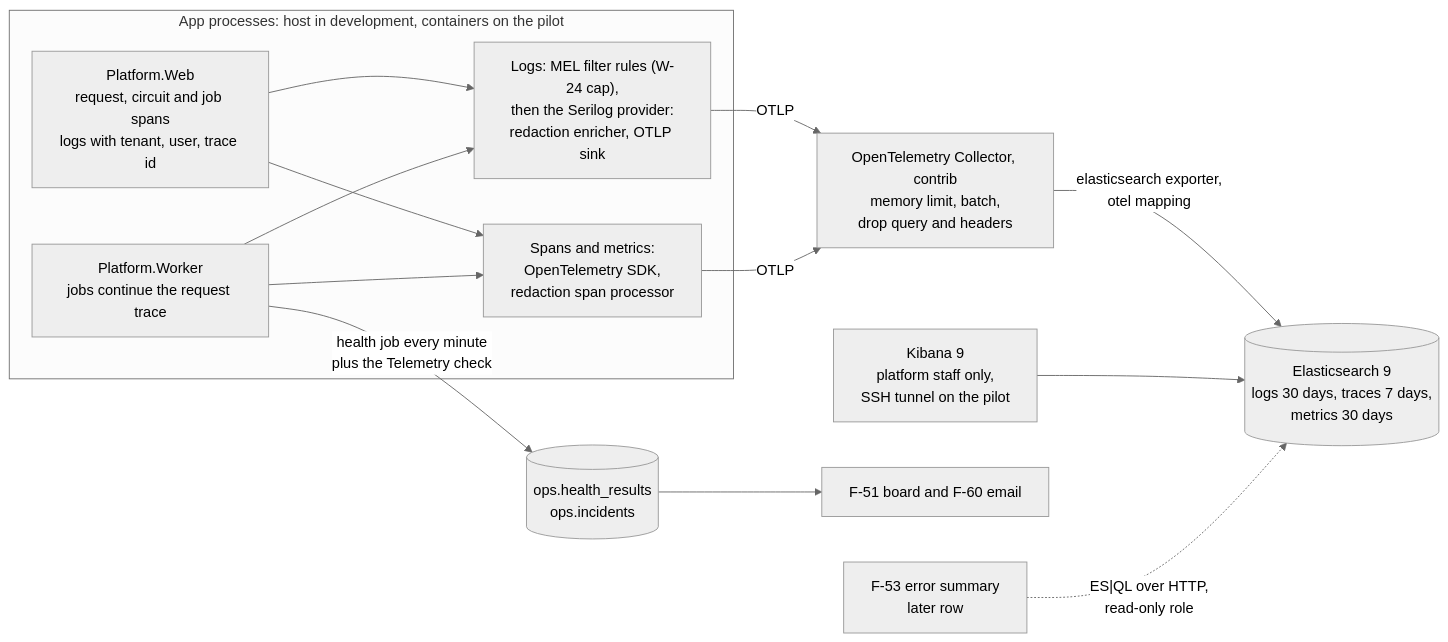
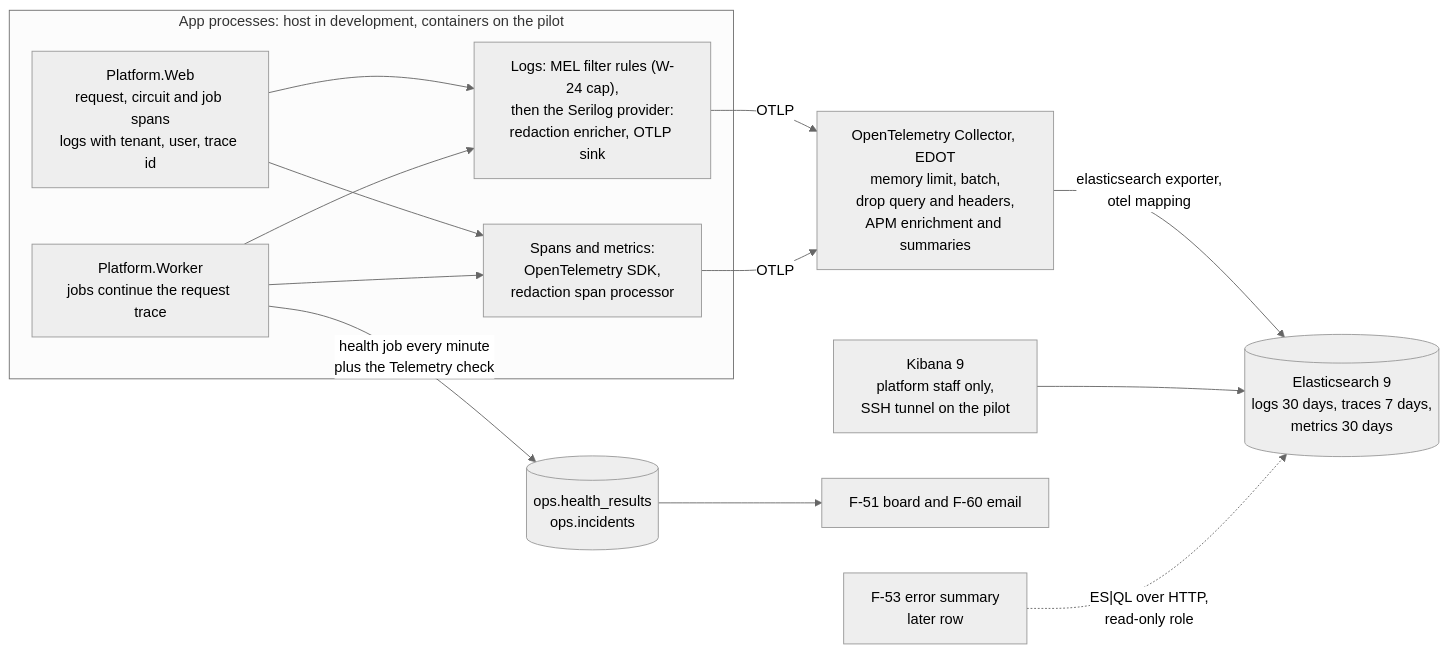
Before and after one commit to AhmedAssaf/ERP: the first of 2 diagrams in docs/superpowers/specs/2026-09-30-observability-design.md, drawn with Mermaid (neutral theme). The commit also changed other lines of this file and 6 other files, not shown here.

First line of the commit message:
feat(telemetry): EDOT collector with elasticapm for Kibana's APM view; Elasticsearch 1.75 GB (W-10 follow-ups)

````diff
--- a/docs/superpowers/specs/2026-09-30-observability-design.md
+++ b/docs/superpowers/specs/2026-09-30-observability-design.md
@@ -70,20 +70,20 @@
 ```mermaid
 flowchart LR
     subgraph APP["App processes: host in development, containers on the pilot"]
         WEB["Platform.Web<br/>request, circuit and job spans<br/>logs with tenant, user, trace id"]
         WRK["Platform.Worker<br/>jobs continue the request trace"]
         LOG["Logs: MEL filter rules (W-24 cap),<br/>then the Serilog provider:<br/>redaction enricher, OTLP sink"]
         SPN["Spans and metrics:<br/>OpenTelemetry SDK,<br/>redaction span processor"]
         WEB --> LOG
         WEB --> SPN
         WRK --> LOG
         WRK --> SPN
     end
-    LOG -->|"OTLP"| COL["OpenTelemetry Collector, contrib<br/>memory limit, batch,<br/>drop query and headers"]
+    LOG -->|"OTLP"| COL["OpenTelemetry Collector, EDOT<br/>memory limit, batch,<br/>drop query and headers,<br/>APM enrichment and summaries"]
     SPN -->|"OTLP"| COL
     COL -->|"elasticsearch exporter,<br/>otel mapping"| ES[("Elasticsearch 9<br/>logs 30 days, traces 7 days,<br/>metrics 30 days")]
     KIB["Kibana 9<br/>platform staff only,<br/>SSH tunnel on the pilot"] --> ES
     WRK -->|"health job every minute<br/>plus the Telemetry check"| OPS[("ops.health_results<br/>ops.incidents")]
     OPS --> F51["F-51 board and F-60 email"]
     F53["F-53 error summary<br/>later row"] -. "ES|QL over HTTP,<br/>read-only role" .-> ES
 ```
````
